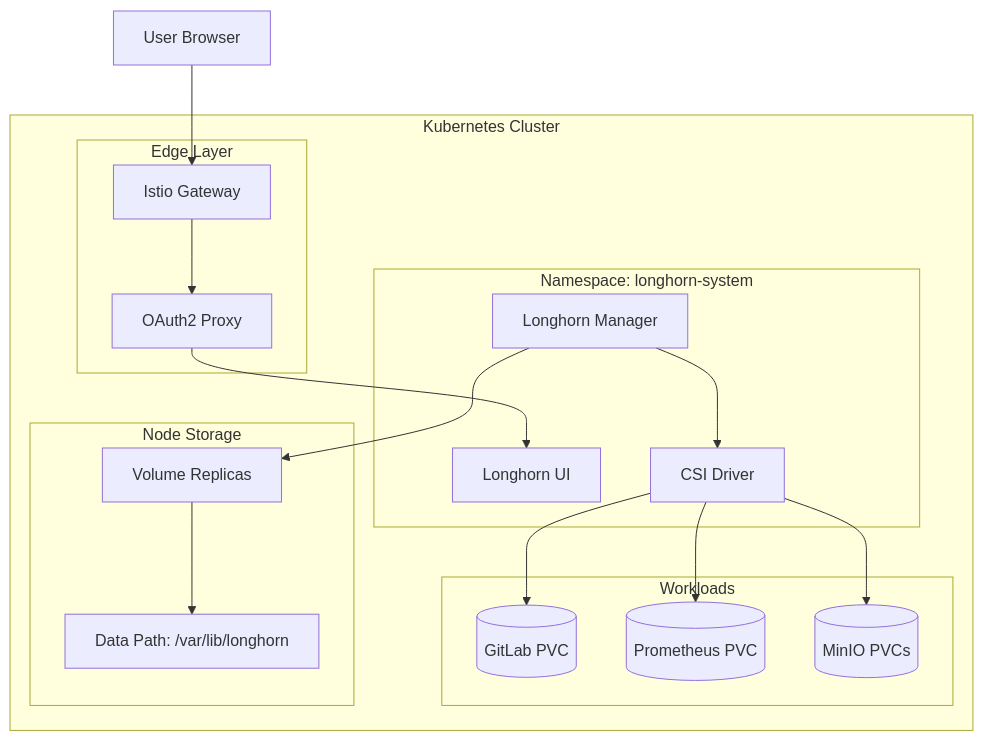
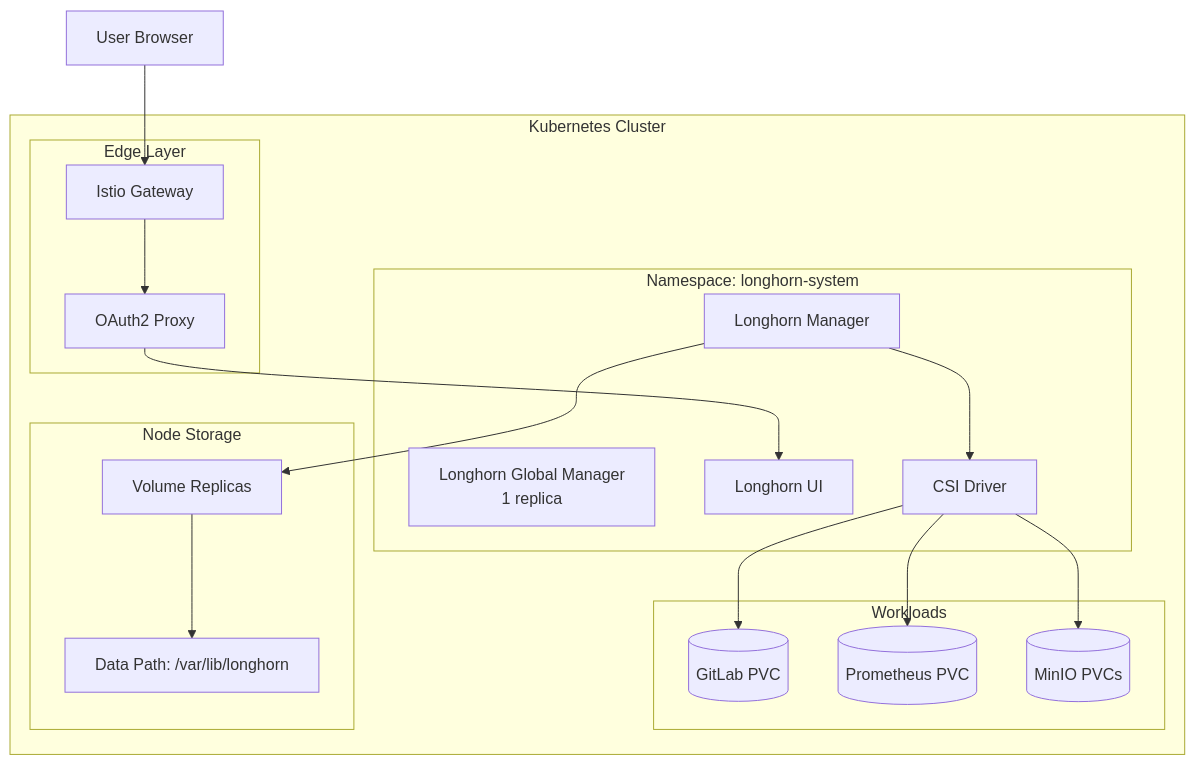
The first of 3 diagrams in docs/stage2/longhorn-storage.md (chrisleekr/homelab-infrastructure), drawn with Mermaid before and after one commit. The commit also changed other lines of this file and 38 other files, not shown here.

Commit message:
chore(stage2): bump Helm charts and workload images (#126)

````diff
--- a/docs/stage2/longhorn-storage.md
+++ b/docs/stage2/longhorn-storage.md
@@ -7,37 +7,38 @@
 ```mermaid
 flowchart TB
     subgraph k8s [Kubernetes Cluster]
         subgraph ns [Namespace: longhorn-system]
             Manager[Longhorn Manager]
+            GlobalMgr["Longhorn Global Manager<br/>1 replica"]
             UI[Longhorn UI]
             Driver[CSI Driver]
         end
 
         subgraph workloads [Workloads]
             GitLab[(GitLab PVC)]
             Prometheus[(Prometheus PVC)]
             MinIO[(MinIO PVCs)]
         end
 
         subgraph node [Node Storage]
             Disk1["Data Path: /var/lib/longhorn"]
             Replica1[Volume Replicas]
         end
 
         subgraph edgelayer [Edge Layer]
             Gateway[Istio Gateway]
             OAuth[OAuth2 Proxy]
         end
     end
 
     User[User Browser] --> Gateway
     Gateway --> OAuth
     OAuth --> UI
 
     Manager --> Driver
     Driver --> GitLab
     Driver --> Prometheus
     Driver --> MinIO
     Manager --> Replica1
     Replica1 --> Disk1
 ```
````
